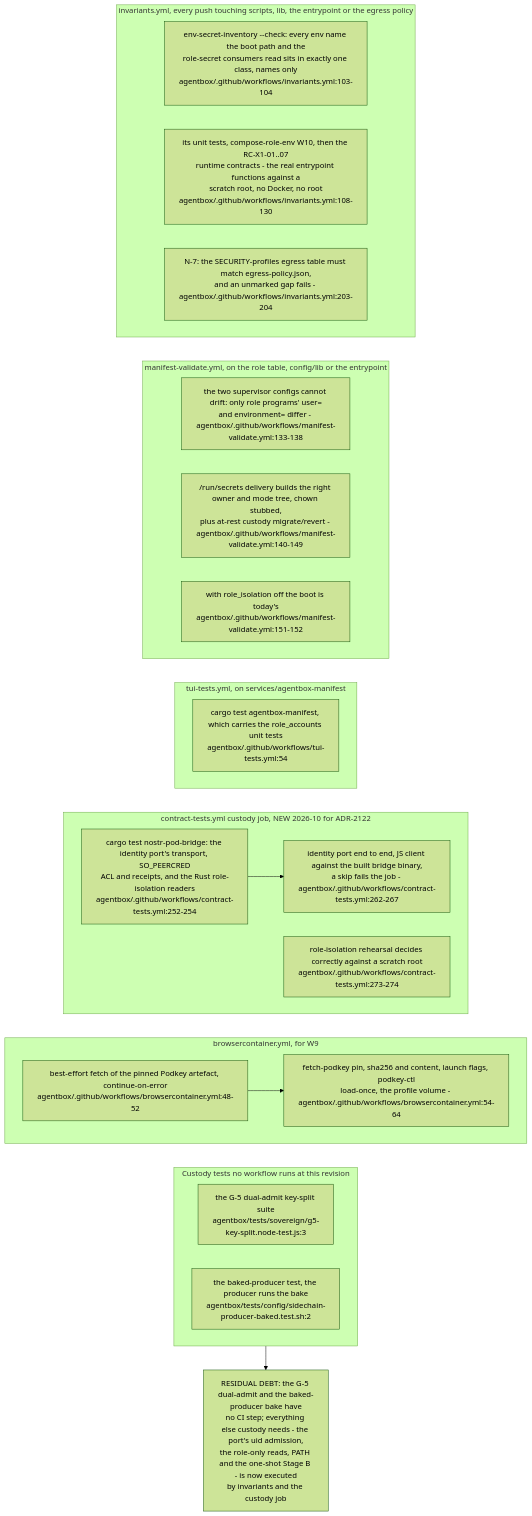
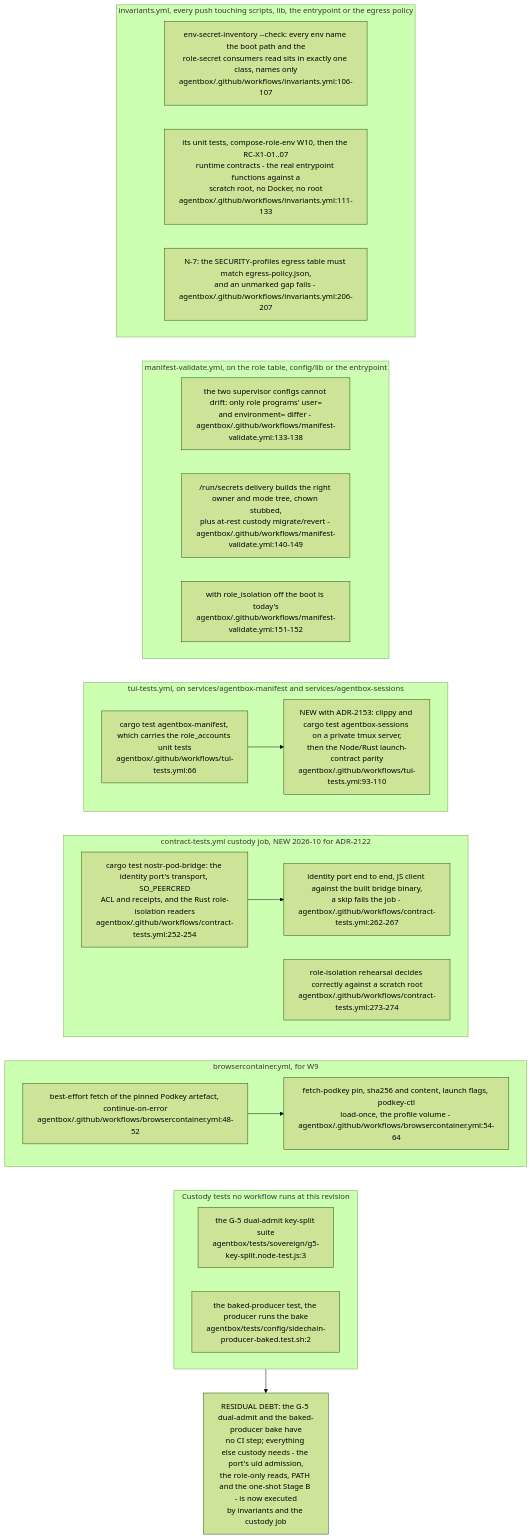
Before and after one commit to DreamLab-AI/VisionFlow: diagram 24 of 24 in docs/diagrams/estate/09-build-deploy-and-ci-estate.md, drawn with Mermaid (forest theme). The commit also changed other lines of this file and 145 other files, not shown here.

````diff
--- a/docs/diagrams/estate/09-build-deploy-and-ci-estate.md
+++ b/docs/diagrams/estate/09-build-deploy-and-ci-estate.md
@@ -831,37 +834,39 @@
 ```mermaid
 flowchart TB
     subgraph INV["invariants.yml, every push touching scripts, lib, the entrypoint or the egress policy"]
-        I1["env-secret-inventory --check: every env name the boot path and the<br/>role-secret consumers read sits in exactly one class, names only<br/>agentbox/.github/workflows/invariants.yml:103-104"]
-        I2["its unit tests, compose-role-env W10, then the RC-X1-01..07<br/>runtime contracts - the real entrypoint functions against a<br/>scratch root, no Docker, no root<br/>agentbox/.github/workflows/invariants.yml:108-130"]
-        I3["N-7: the SECURITY-profiles egress table must match egress-policy.json,<br/>and an unmarked gap fails - agentbox/.github/workflows/invariants.yml:203-204"]
+        I1["env-secret-inventory --check: every env name the boot path and the<br/>role-secret consumers read sits in exactly one class, names only<br/>agentbox/.github/workflows/invariants.yml:106-107"]
+        I2["its unit tests, compose-role-env W10, then the RC-X1-01..07<br/>runtime contracts - the real entrypoint functions against a<br/>scratch root, no Docker, no root<br/>agentbox/.github/workflows/invariants.yml:111-133"]
+        I3["N-7: the SECURITY-profiles egress table must match egress-policy.json,<br/>and an unmarked gap fails - agentbox/.github/workflows/invariants.yml:206-207"]
     end
     subgraph MV["manifest-validate.yml, on the role table, config/lib or the entrypoint"]
         M1["the two supervisor configs cannot drift: only role programs' user=<br/>and environment= differ - agentbox/.github/workflows/manifest-validate.yml:133-138"]
         M2["/run/secrets delivery builds the right owner and mode tree, chown stubbed,<br/>plus at-rest custody migrate/revert - agentbox/.github/workflows/manifest-validate.yml:140-149"]
         M3["with role_isolation off the boot is today's<br/>agentbox/.github/workflows/manifest-validate.yml:151-152"]
     end
-    subgraph TUI["tui-tests.yml, on services/agentbox-manifest"]
-        T1["cargo test agentbox-manifest, which carries the role_accounts unit tests<br/>agentbox/.github/workflows/tui-tests.yml:54"]
+    subgraph TUI["tui-tests.yml, on services/agentbox-manifest and services/agentbox-sessions"]
+        T1["cargo test agentbox-manifest, which carries the role_accounts unit tests<br/>agentbox/.github/workflows/tui-tests.yml:66"]
+        T2["NEW with ADR-2153: clippy and cargo test agentbox-sessions on a private tmux server,<br/>then the Node/Rust launch-contract parity<br/>agentbox/.github/workflows/tui-tests.yml:93-110"]
+        T1 --> T2
     end
     subgraph CT["contract-tests.yml custody job, NEW 2026-10 for ADR-2122"]
         C1["cargo test nostr-pod-bridge: the identity port's transport, SO_PEERCRED<br/>ACL and receipts, and the Rust role-isolation readers<br/>agentbox/.github/workflows/contract-tests.yml:252-254"]
         C2["identity port end to end, JS client against the built bridge binary,<br/>a skip fails the job - agentbox/.github/workflows/contract-tests.yml:262-267"]
         C3["role-isolation rehearsal decides correctly against a scratch root<br/>agentbox/.github/workflows/contract-tests.yml:273-274"]
         C1 --> C2
     end
     subgraph BC["browsercontainer.yml, for W9"]
         B1["best-effort fetch of the pinned Podkey artefact, continue-on-error<br/>agentbox/.github/workflows/browsercontainer.yml:48-52"]
         B2["fetch-podkey pin, sha256 and content, launch flags, podkey-ctl<br/>load-once, the profile volume - agentbox/.github/workflows/browsercontainer.yml:54-64"]
         B1 --> B2
     end
     subgraph NONE["Custody tests no workflow runs at this revision"]
         N1["the G-5 dual-admit key-split suite<br/>agentbox/tests/sovereign/g5-key-split.node-test.js:3"]
         N2["the baked-producer test, the producer runs the bake<br/>agentbox/tests/config/sidechain-producer-baked.test.sh:2"]
     end
     INV ~~~ MV
     MV ~~~ TUI
     TUI ~~~ CT
     CT ~~~ BC
     BC ~~~ NONE
     NONE --> D["RESIDUAL DEBT: the G-5 dual-admit and the baked-producer bake have<br/>no CI step; everything else custody needs - the port's uid admission,<br/>the role-only reads, PATH and the one-shot Stage B - is now executed<br/>by invariants and the custody job"]
 ```
````
